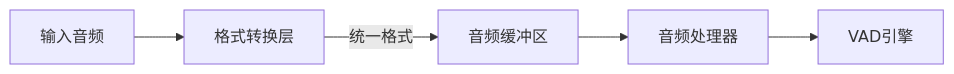
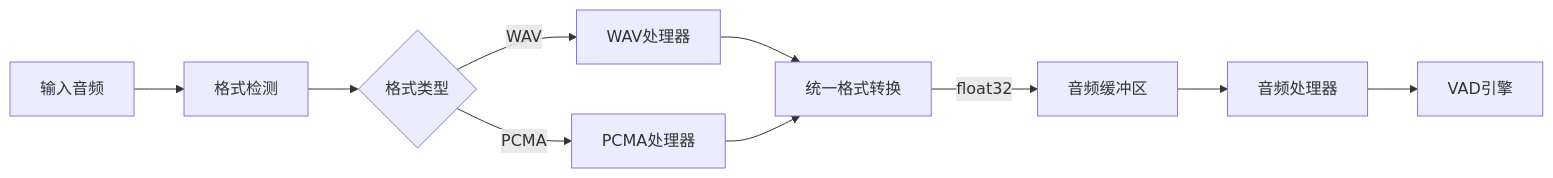
One commit to xucailiang/cascade changed the first of 2 diagrams in 架构实现docs/音频格式处理.md. Above: the diagram before and after it, drawn with Mermaid. The commit also changed other lines of this file and 26 other files, not shown here.

````diff
--- a/架构实现docs/音频格式处理.md
+++ b/架构实现docs/音频格式处理.md
@@ -38,7 +38,12 @@
 ```mermaid
 graph LR
-    A[输入音频] --> B[格式转换层]
-    B -->|统一格式| C[音频缓冲区]
-    C --> D[音频处理器]
-    D --> E[VAD引擎]
+    A[输入音频] --> B[格式检测]
+    B --> C{格式类型}
+    C -->|WAV| D[WAV处理器]
+    C -->|PCMA| E[PCMA处理器]
+    D --> F[统一格式转换]
+    E --> F
+    F -->|float32| G[音频缓冲区]
+    G --> H[音频处理器]
+    H --> I[VAD引擎]
 ```
````
